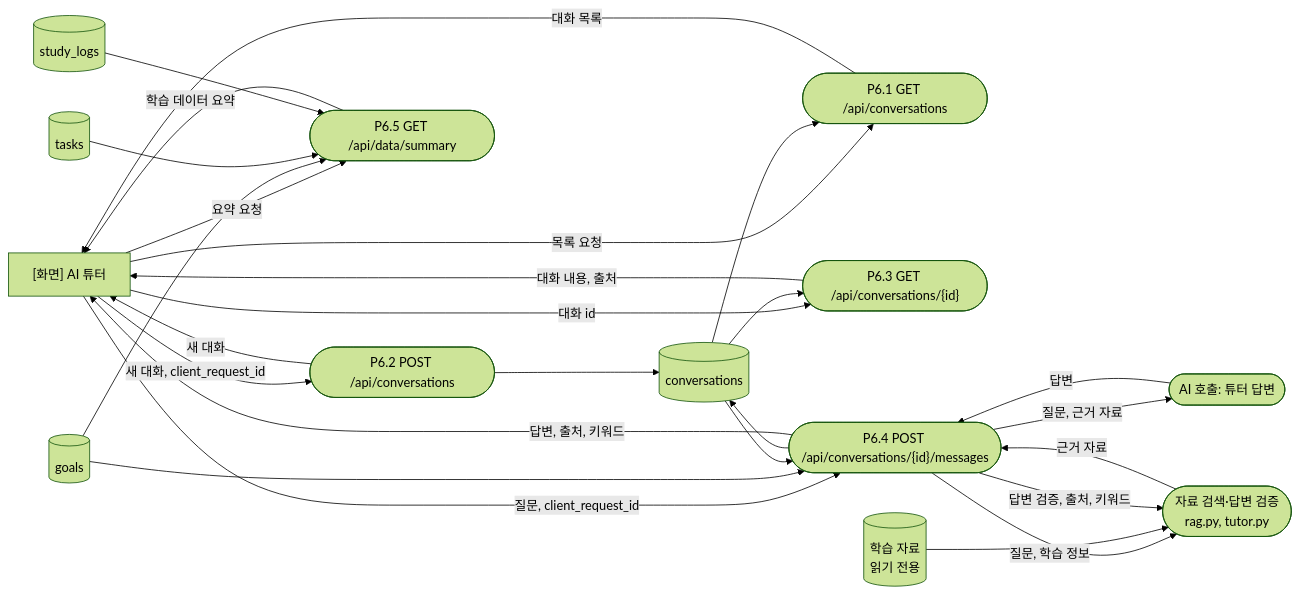
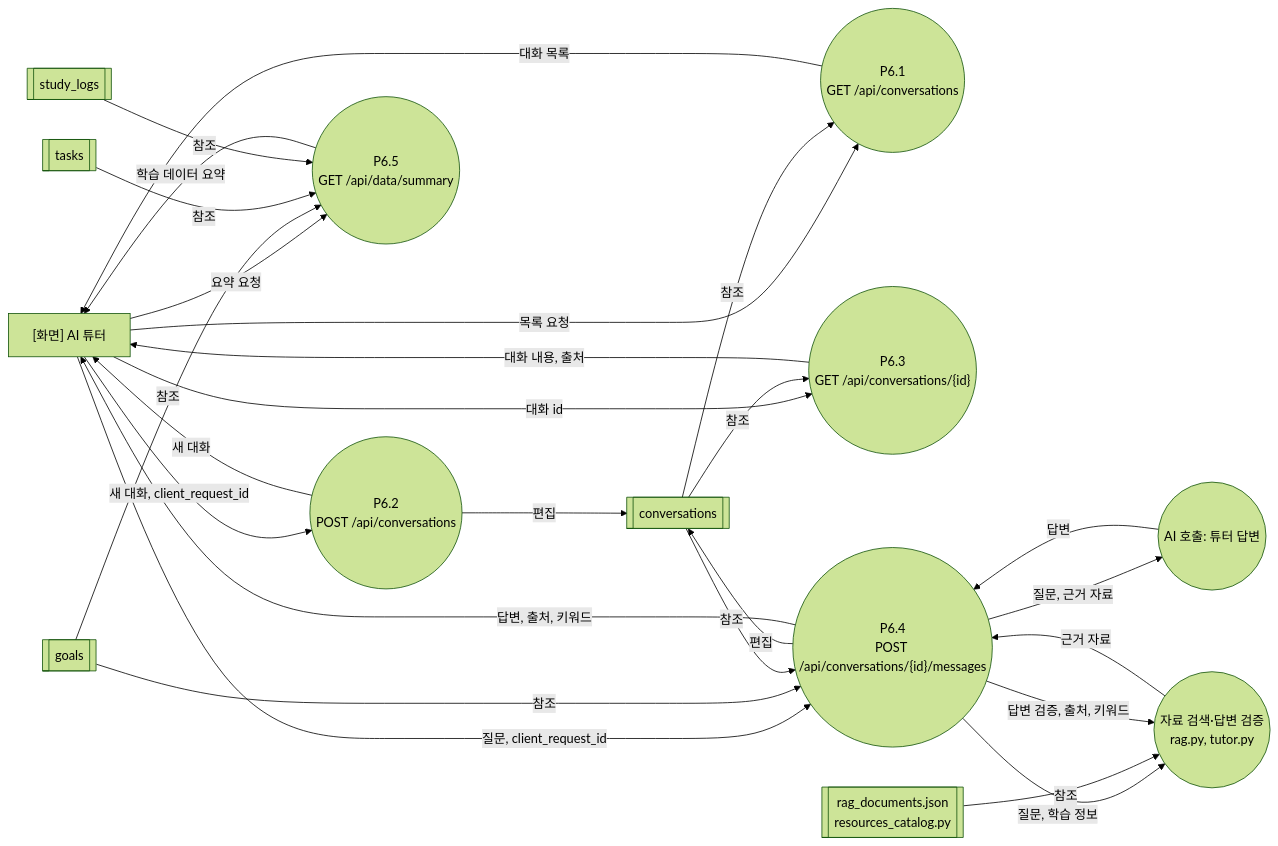
Before and after one commit to yong05610/ai-n-fprj: the tenth of 13 diagrams in docs/architecture_dfd.md, drawn with Mermaid (forest theme). The commit also changed other lines of this file, not shown here.

Commit message:
docs: DFD notation per user spec - level 0 context circle with organization terminals; level 1-2 circles, screen terminals, band data stores, curved flows labelled reference/edit

````diff
--- a/docs/architecture_dfd.md
+++ b/docs/architecture_dfd.md
@@ -474,42 +471,43 @@
 ```mermaid
+%%{init: {"flowchart": {"curve": "basis"}}}%%
 flowchart LR
     S["[화면] AI 튜터"]
-    P61(["P6.1 GET /api/conversations"])
-    P62(["P6.2 POST /api/conversations"])
-    P63(["P6.3 GET /api/conversations/{id}"])
-    P64(["P6.4 POST /api/conversations/{id}/messages"])
-    P65(["P6.5 GET /api/data/summary"])
-    AI(["AI 호출: 튜터 답변"])
-    RG(["자료 검색·답변 검증<br/>rag.py, tutor.py"])
-    DC[("conversations")]
-    DG[("goals")]
-    DT[("tasks")]
-    DL[("study_logs")]
-    DD[("학습 자료<br/>읽기 전용")]
+    P61(("P6.1<br/>GET /api/conversations"))
+    P62(("P6.2<br/>POST /api/conversations"))
+    P63(("P6.3<br/>GET /api/conversations/{id}"))
+    P64(("P6.4<br/>POST /api/conversations/{id}/messages"))
+    P65(("P6.5<br/>GET /api/data/summary"))
+    AI(("AI 호출: 튜터 답변"))
+    RG(("자료 검색·답변 검증<br/>rag.py, tutor.py"))
+    DC[["conversations"]]
+    DG[["goals"]]
+    DT[["tasks"]]
+    DL[["study_logs"]]
+    DD[["rag_documents.json<br/>resources_catalog.py"]]
 
     S -->|"목록 요청"| P61
-    DC --> P61
+    DC -->|"참조"| P61
     P61 -->|"대화 목록"| S
     S -->|"새 대화, client_request_id"| P62
-    P62 --> DC
+    P62 -->|"편집"| DC
     P62 -->|"새 대화"| S
     S -->|"대화 id"| P63
-    DC --> P63
+    DC -->|"참조"| P63
     P63 -->|"대화 내용, 출처"| S
     S -->|"질문, client_request_id"| P64
-    DG --> P64
-    DC --> P64
+    DG -->|"참조"| P64
+    DC -->|"참조"| P64
     P64 -->|"질문, 학습 정보"| RG
-    DD --> RG
+    DD -->|"참조"| RG
     RG -->|"근거 자료"| P64
     P64 -->|"질문, 근거 자료"| AI
     AI -->|"답변"| P64
     P64 -->|"답변 검증, 출처, 키워드"| RG
-    P64 --> DC
+    P64 -->|"편집"| DC
     P64 -->|"답변, 출처, 키워드"| S
     S -->|"요약 요청"| P65
-    DG --> P65
-    DT --> P65
-    DL --> P65
+    DG -->|"참조"| P65
+    DT -->|"참조"| P65
+    DL -->|"참조"| P65
     P65 -->|"학습 데이터 요약"| S
 ```
````
